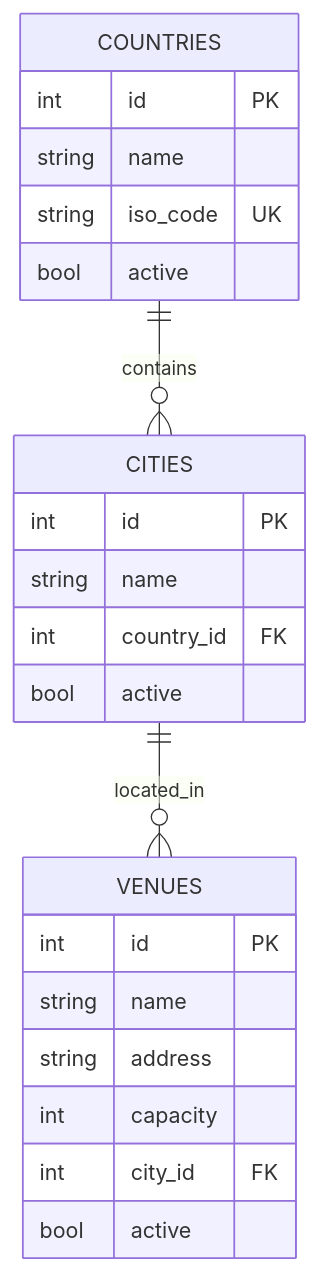
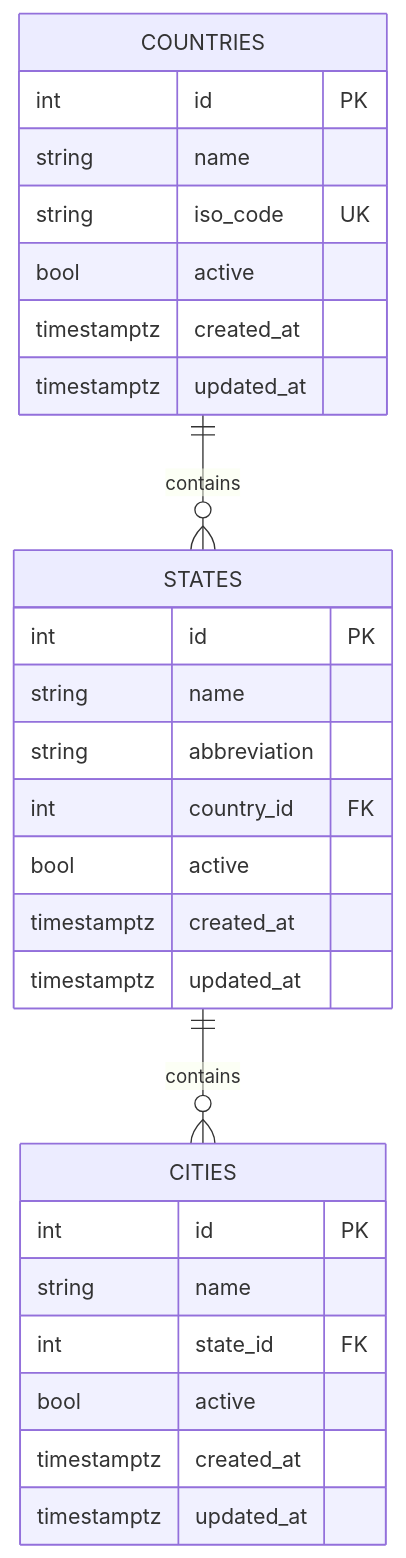
Before and after one commit to gsennaura/sportify-api: the first of 5 diagrams in scripts/sql/creation_database/README.md, drawn with Mermaid. The commit also changed other lines of this file and 18 other files, not shown here.

````diff
--- a/scripts/sql/creation_database/README.md
+++ b/scripts/sql/creation_database/README.md
@@ -7,28 +7,33 @@
 ```mermaid
 erDiagram
     COUNTRIES {
         int id PK
         string name
         string iso_code UK
         bool active
+        timestamptz created_at
+        timestamptz updated_at
+    }
+    
+    STATES {
+        int id PK
+        string name
+        string abbreviation
+        int country_id FK
+        bool active
+        timestamptz created_at
+        timestamptz updated_at
     }
     
     CITIES {
         int id PK
         string name
-        int country_id FK
+        int state_id FK
         bool active
+        timestamptz created_at
+        timestamptz updated_at
     }
     
-    VENUES {
-        int id PK
-        string name
-        string address
-        int capacity
-        int city_id FK
-        bool active
-    }
-    
-    COUNTRIES ||--o{ CITIES : contains
-    CITIES ||--o{ VENUES : located_in
+    COUNTRIES ||--o{ STATES : contains
+    STATES ||--o{ CITIES : contains
 ```
````
